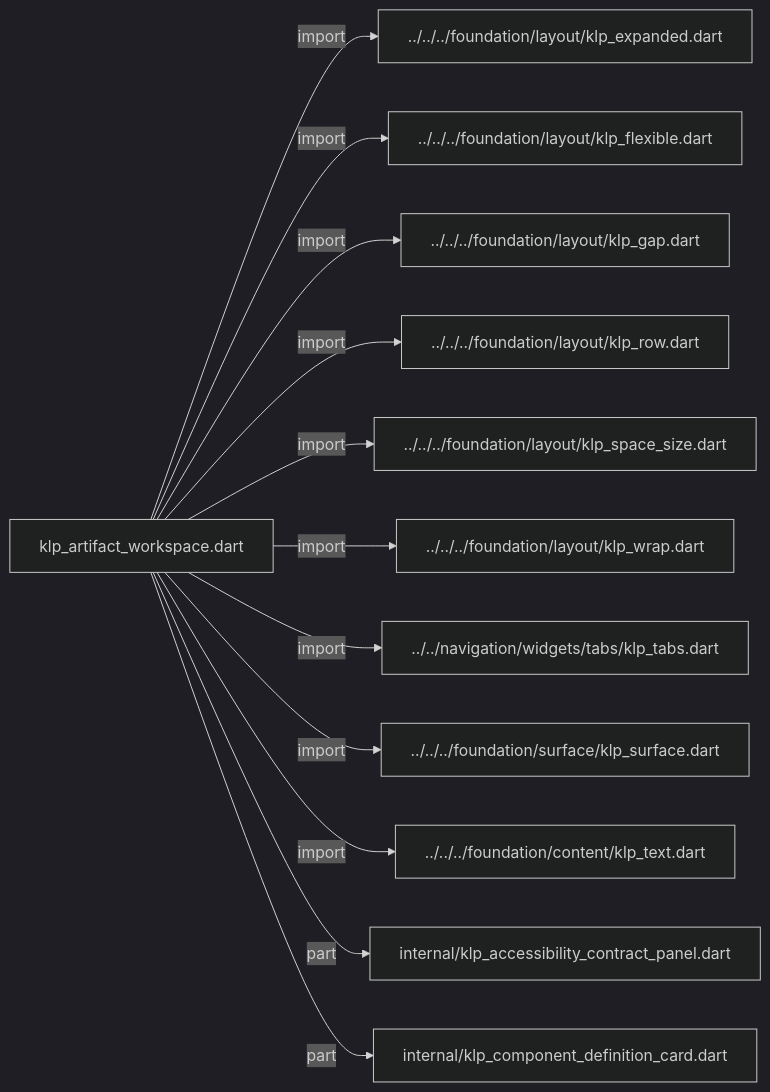
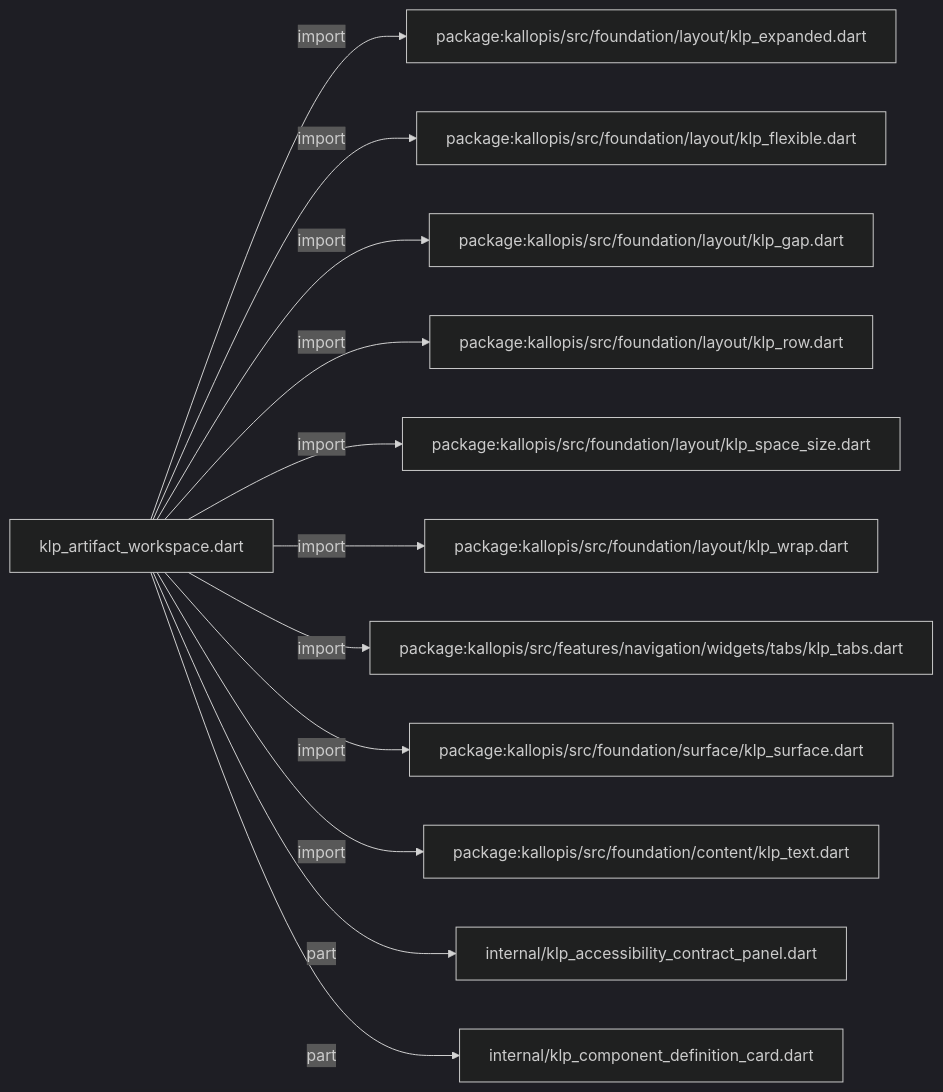
One commit to MiuDog/Kallopis changed the second of 4 diagrams in docs/architecture/src/features/workspace/artifact/klp_artifact_workspace.md. Above: the diagram before and after it, drawn with Mermaid (dark theme). The commit also changed other lines of this file and 9688 other files, not shown here.

Commit message:
Prepare isolated Flow F2 peer baseline

````diff
--- a/docs/architecture/src/features/workspace/artifact/klp_artifact_workspace.md
+++ b/docs/architecture/src/features/workspace/artifact/klp_artifact_workspace.md
@@ -38,26 +38,26 @@
 ```mermaid
 flowchart LR
 	n0["klp_artifact_workspace.dart"]
-	n1["../../../foundation/layout/klp_expanded.dart"]
-	n2["../../../foundation/layout/klp_flexible.dart"]
-	n3["../../../foundation/layout/klp_gap.dart"]
-	n4["../../../foundation/layout/klp_row.dart"]
-	n5["../../../foundation/layout/klp_space_size.dart"]
-	n6["../../../foundation/layout/klp_wrap.dart"]
-	n7["../../navigation/widgets/tabs/klp_tabs.dart"]
-	n8["../../../foundation/surface/klp_surface.dart"]
-	n9["../../../foundation/content/klp_text.dart"]
+	n1["package:kallopis/src/foundation/layout/klp_expanded.dart"]
+	n2["package:kallopis/src/foundation/layout/klp_flexible.dart"]
+	n3["package:kallopis/src/foundation/layout/klp_gap.dart"]
+	n4["package:kallopis/src/foundation/layout/klp_row.dart"]
+	n5["package:kallopis/src/foundation/layout/klp_space_size.dart"]
+	n6["package:kallopis/src/foundation/layout/klp_wrap.dart"]
+	n7["package:kallopis/src/features/navigation/widgets/tabs/klp_tabs.dart"]
+	n8["package:kallopis/src/foundation/surface/klp_surface.dart"]
+	n9["package:kallopis/src/foundation/content/klp_text.dart"]
 	n10["internal/klp_accessibility_contract_panel.dart"]
 	n11["internal/klp_component_definition_card.dart"]
 	n0 -->|"import"| n1
 	n0 -->|"import"| n2
 	n0 -->|"import"| n3
 	n0 -->|"import"| n4
 	n0 -->|"import"| n5
 	n0 -->|"import"| n6
 	n0 -->|"import"| n7
 	n0 -->|"import"| n8
 	n0 -->|"import"| n9
 	n0 -->|"part"| n10
 	n0 -->|"part"| n11
 ```
````
